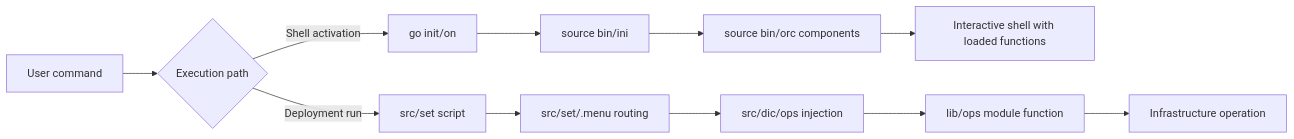
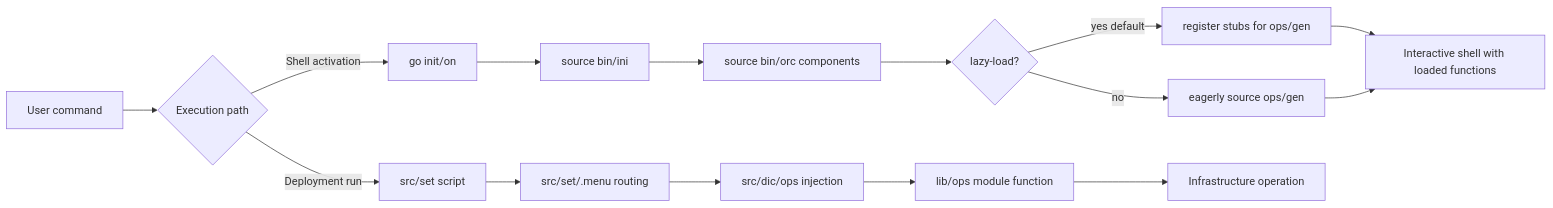
Before and after one commit to woeiru/lab: the second of 2 diagrams in doc/arc/00-architecture-overview.md, drawn with Mermaid. The commit also changed other lines of this file and 6 other files, not shown here.

Commit message:
docs: update architecture docs for bootstrapper performance renewal

````diff
--- a/doc/arc/00-architecture-overview.md
+++ b/doc/arc/00-architecture-overview.md
@@ -79,14 +94,18 @@
 ```mermaid
 flowchart LR
     A[User command] --> B{Execution path}
     B -->|Shell activation| C[go init/on]
     C --> D[source bin/ini]
     D --> E[source bin/orc components]
-    E --> F[Interactive shell with loaded functions]
+    E --> E1{lazy-load?}
+    E1 -->|yes default| E2[register stubs for ops/gen]
+    E1 -->|no| E3[eagerly source ops/gen]
+    E2 --> F[Interactive shell with loaded functions]
+    E3 --> F
 
     B -->|Deployment run| G[src/set script]
     G --> H[src/set/.menu routing]
     H --> I[src/dic/ops injection]
     I --> J[lib/ops module function]
     J --> K[Infrastructure operation]
 ```
````
